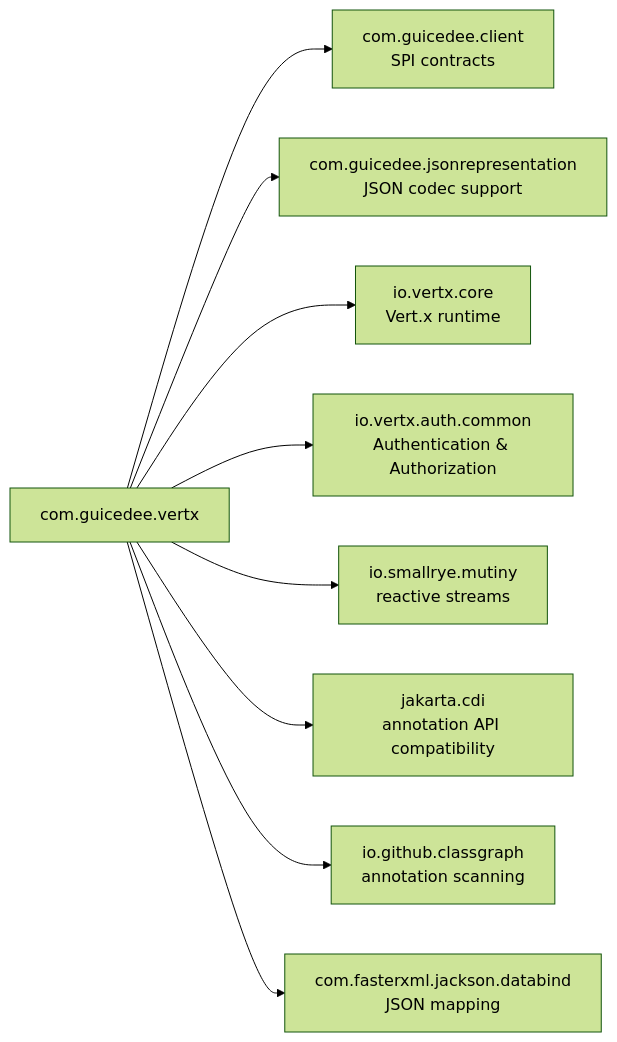
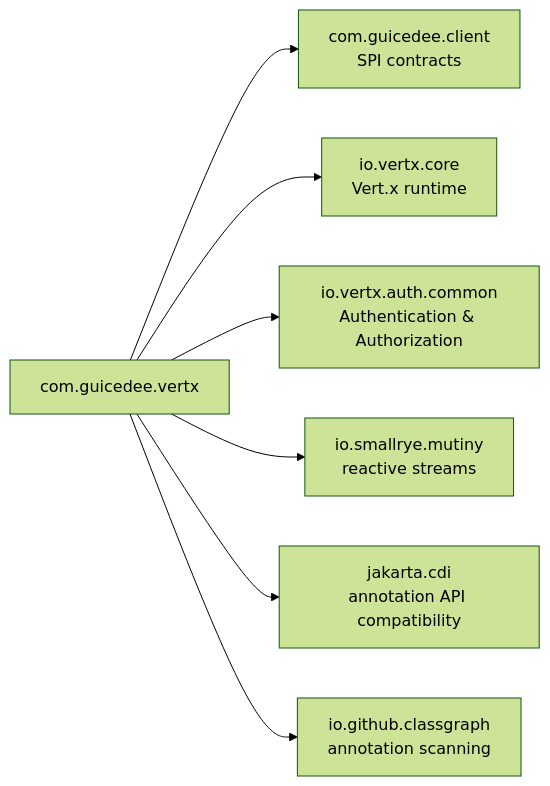
The second of 2 diagrams in README.md (GuicedEE/Guiced-Vert.x), drawn with Mermaid (forest theme) before and after one commit. The commit also changed other lines of this file and 38 other files, not shown here.

````diff
--- a/README.md
+++ b/README.md
@@ -382,12 +391,10 @@
 ```mermaid
 flowchart LR
     com_guicedee_vertx["com.guicedee.vertx"]
     com_guicedee_vertx --> com_guicedee_client["com.guicedee.client<br/>SPI contracts"]
-    com_guicedee_vertx --> com_guicedee_jsonrepresentation["com.guicedee.jsonrepresentation<br/>JSON codec support"]
     com_guicedee_vertx --> io_vertx_core["io.vertx.core<br/>Vert.x runtime"]
     com_guicedee_vertx --> io_vertx_auth_common["io.vertx.auth.common<br/>Authentication & Authorization"]
     com_guicedee_vertx --> io_smallrye_mutiny["io.smallrye.mutiny<br/>reactive streams"]
     com_guicedee_vertx --> jakarta_cdi["jakarta.cdi<br/>annotation API compatibility"]
     com_guicedee_vertx --> io_github_classgraph["io.github.classgraph<br/>annotation scanning"]
-    com_guicedee_vertx --> com_fasterxml_jackson_databind["com.fasterxml.jackson.databind<br/>JSON mapping"]
 ```
````
